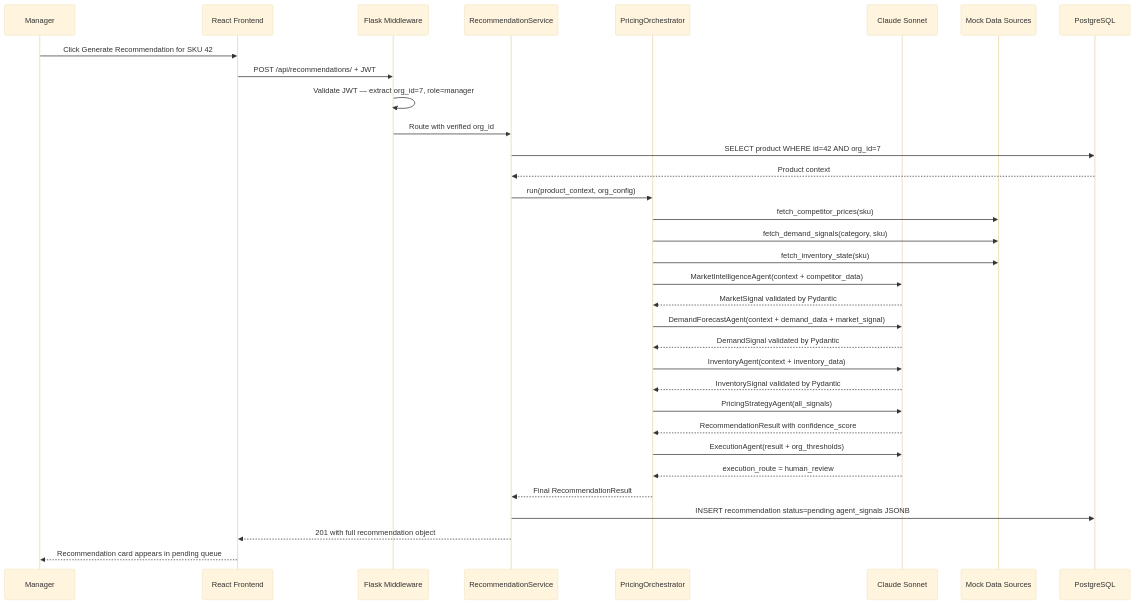
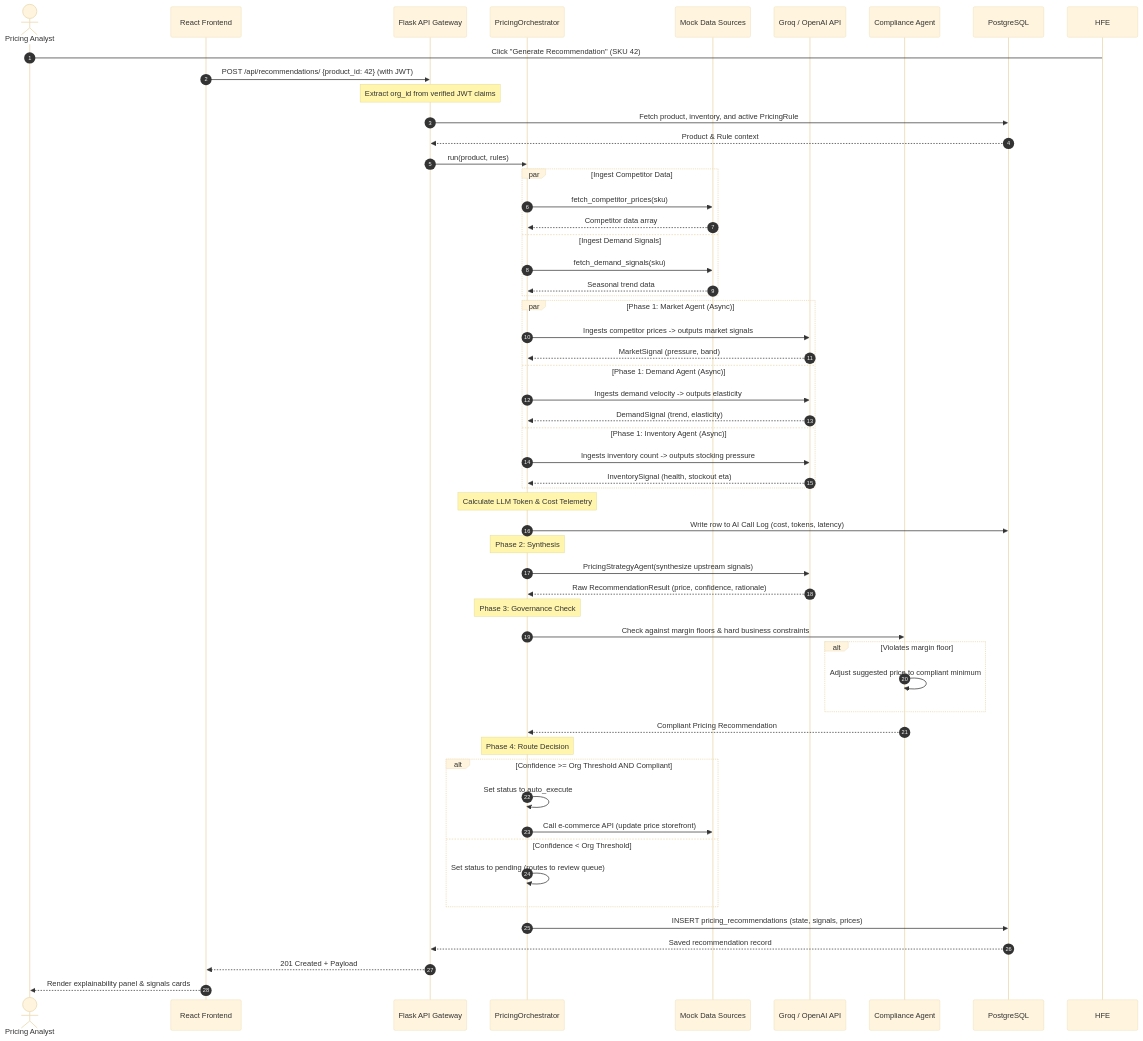
One commit to parthTyagi-tech/dynamic-pricing-intelligence-platform changed the second of 5 diagrams in README.md. Above: the diagram before and after it, drawn with Mermaid (base theme). The commit also changed other lines of this file, not shown here.

````diff
--- a/README.md
+++ b/README.md
@@ -388,44 +130,65 @@
 ```mermaid
 sequenceDiagram
-    participant U as Manager
-    participant F as React Frontend
-    participant MW as Flask Middleware
-    participant SVC as RecommendationService
-    participant ORC as PricingOrchestrator
-    participant LLM as Claude Sonnet
+    autonumber
+    actor Analyst as Pricing Analyst
+    participant FE as React Frontend
+    participant GW as Flask API Gateway
+    participant ORCH as PricingOrchestrator
     participant MOCK as Mock Data Sources
+    participant LLM as Groq / OpenAI API
+    participant COMP as Compliance Agent
     participant DB as PostgreSQL
 
-    U->>F: Click Generate Recommendation for SKU 42
-    F->>MW: POST /api/recommendations/ + JWT
-    MW->>MW: Validate JWT — extract org_id=7, role=manager
-    MW->>SVC: Route with verified org_id
+    Analyst->HFE: Click "Generate Recommendation" (SKU 42)
+    FE->>GW: POST /api/recommendations/ {product_id: 42} (with JWT)
+    Note over GW: Extract org_id from verified JWT claims
+    GW->>DB: Fetch product, inventory, and active PricingRule
+    DB-->>GW: Product & Rule context
+    GW->>ORCH: run(product, rules)
+    
+    par Ingest Competitor Data
+        ORCH->>MOCK: fetch_competitor_prices(sku)
+        MOCK-->>ORCH: Competitor data array
+    and Ingest Demand Signals
+        ORCH->>MOCK: fetch_demand_signals(sku)
+        MOCK-->>ORCH: Seasonal trend data
+    end
 
-    SVC->>DB: SELECT product WHERE id=42 AND org_id=7
-    DB-->>SVC: Product context
+    par Phase 1: Market Agent (Async)
+        ORCH->>LLM: Ingests competitor prices -> outputs market signals
+        LLM-->>ORCH: MarketSignal (pressure, band)
+    and Phase 1: Demand Agent (Async)
+        ORCH->>LLM: Ingests demand velocity -> outputs elasticity
+        LLM-->>ORCH: DemandSignal (trend, elasticity)
+    and Phase 1: Inventory Agent (Async)
+        ORCH->>LLM: Ingests inventory count -> outputs stocking pressure
+        LLM-->>ORCH: InventorySignal (health, stockout eta)
+    end
 
-    SVC->>ORC: run(product_context, org_config)
-    ORC->>MOCK: fetch_competitor_prices(sku)
-    ORC->>MOCK: fetch_demand_signals(category, sku)
-    ORC->>MOCK: fetch_inventory_state(sku)
+    Note over ORCH: Calculate LLM Token & Cost Telemetry
+    ORCH->>DB: Write row to AI Call Log (cost, tokens, latency)
 
-    ORC->>LLM: MarketIntelligenceAgent(context + competitor_data)
-    LLM-->>ORC: MarketSignal validated by Pydantic
+    Note over ORCH: Phase 2: Synthesis
+    ORCH->>LLM: PricingStrategyAgent(synthesize upstream signals)
+    LLM-->>ORCH: Raw RecommendationResult (price, confidence, rationale)
 
-    ORC->>LLM: DemandForecastAgent(context + demand_data + market_signal)
-    LLM-->>ORC: DemandSignal validated by Pydantic
+    Note over ORCH: Phase 3: Governance Check
+    ORCH->>COMP: Check against margin floors & hard business constraints
+    alt Violates margin floor
+        COMP->>COMP: Adjust suggested price to compliant minimum
+    end
+    COMP-->>ORCH: Compliant Pricing Recommendation
 
-    ORC->>LLM: InventoryAgent(context + inventory_data)
-    LLM-->>ORC: InventorySignal validated by Pydantic
+    Note over ORCH: Phase 4: Route Decision
+    alt Confidence >= Org Threshold AND Compliant
+        ORCH->>ORCH: Set status to auto_execute
+        ORCH->>MOCK: Call e-commerce API (update price storefront)
+    else Confidence < Org Threshold
+        ORCH->>ORCH: Set status to pending (routes to review queue)
+    end
 
-    ORC->>LLM: PricingStrategyAgent(all_signals)
-    LLM-->>ORC: RecommendationResult with confidence_score
-
-    ORC->>LLM: ExecutionAgent(result + org_thresholds)
-    LLM-->>ORC: execution_route = human_review
-
-    ORC-->>SVC: Final RecommendationResult
-    SVC->>DB: INSERT recommendation status=pending agent_signals JSONB
-    SVC-->>F: 201 with full recommendation object
-    F-->>U: Recommendation card appears in pending queue
+    ORCH->>DB: INSERT pricing_recommendations (state, signals, prices)
+    DB-->>GW: Saved recommendation record
+    GW-->>FE: 201 Created + Payload
+    FE-->>Analyst: Render explainability panel & signals cards
 ```
````
